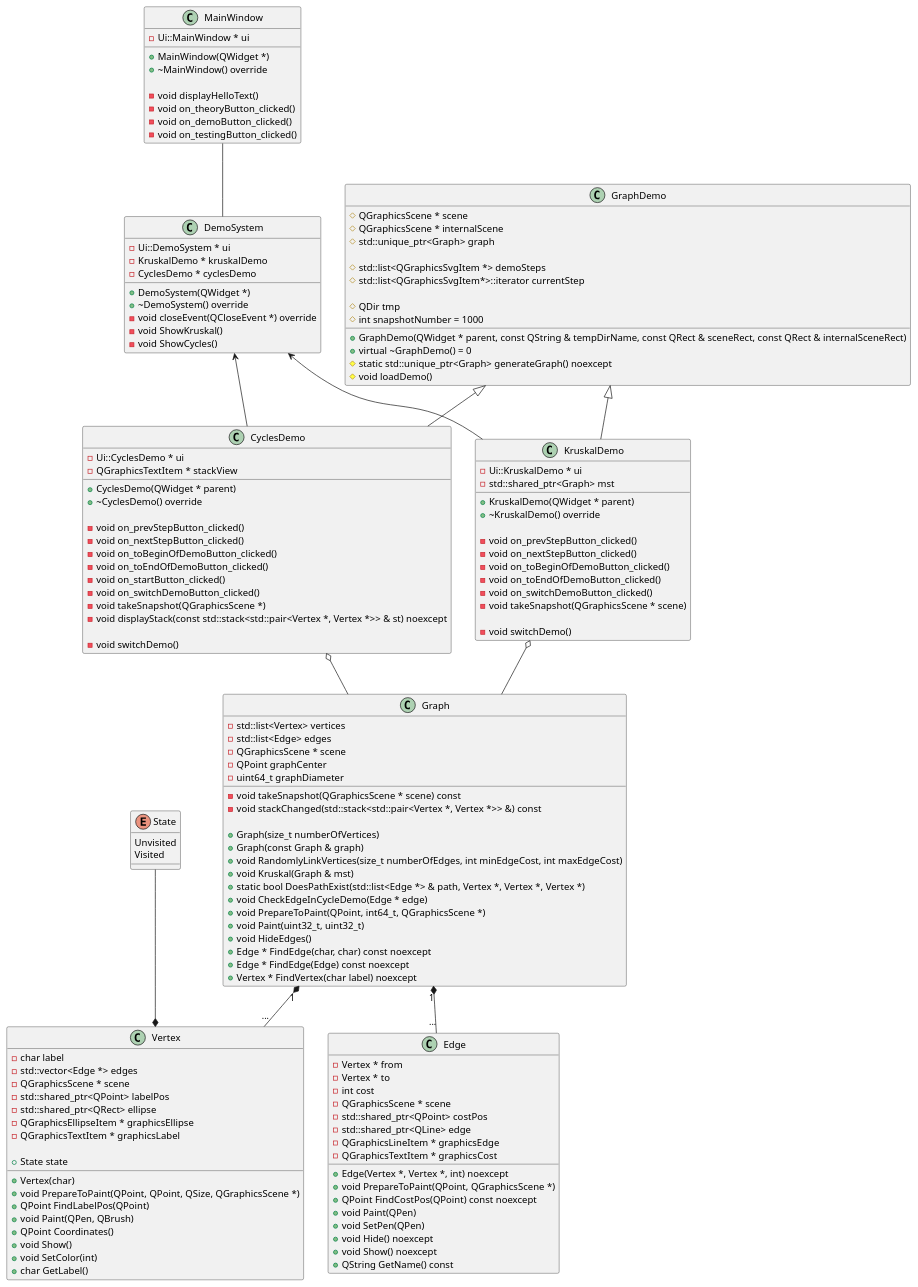
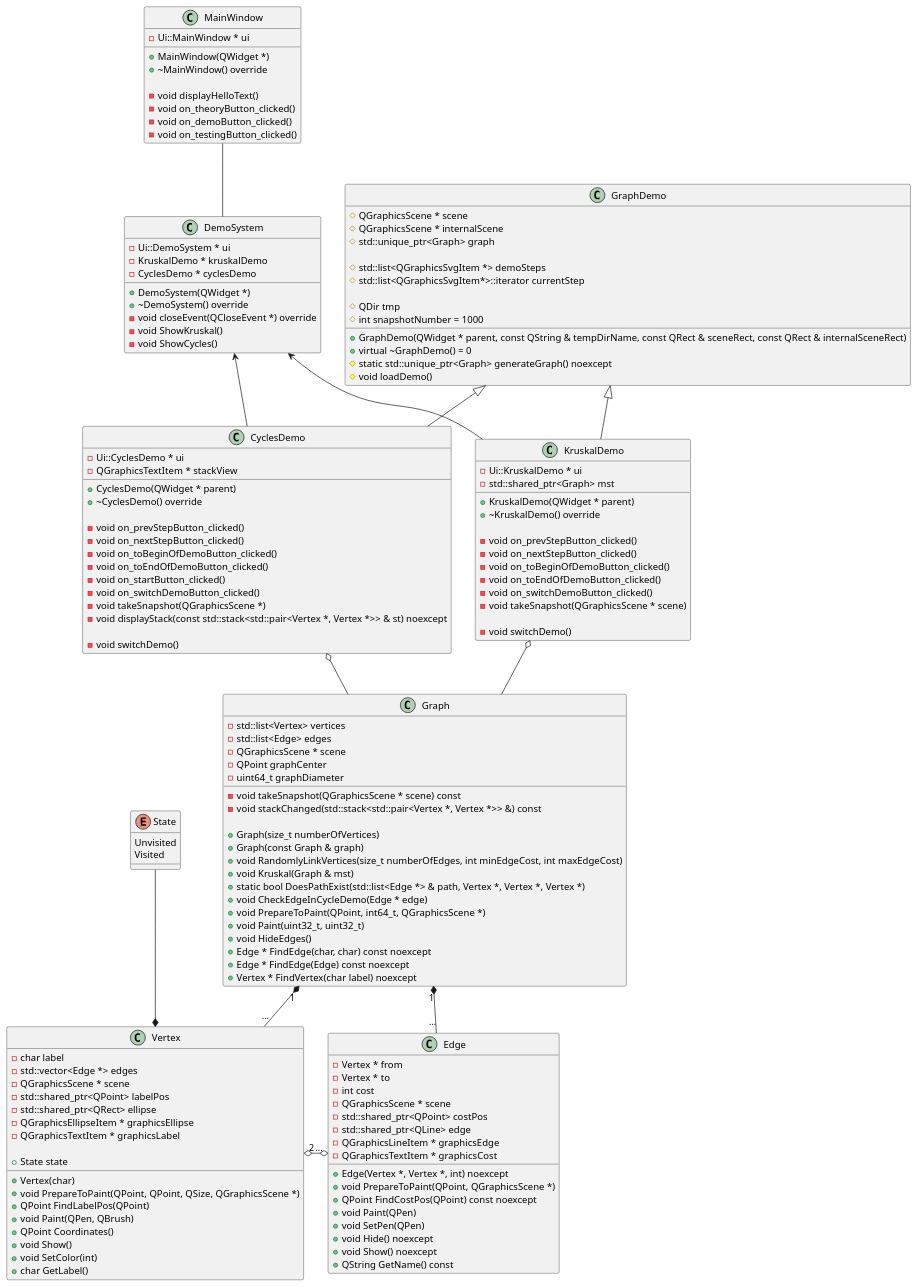
The diagram in doc/demo subsystem class.puml (vany152/Kruskal), drawn with PlantUML before and after one commit. The commit also changed 29 other files, not shown here.

```diff
--- a/doc/demo subsystem class.puml
+++ b/doc/demo subsystem class.puml
@@ -1,161 +1,162 @@
 @startuml
 'https://plantuml.com/class-diagram
 
 class MainWindow {
     - Ui::MainWindow * ui
 
     + MainWindow(QWidget *)
     + ~MainWindow() override
 
     - void displayHelloText()
     - void on_theoryButton_clicked()
     - void on_demoButton_clicked()
     - void on_testingButton_clicked()
 }
 
 class DemoSystem {
 	- Ui::DemoSystem * ui
 	- KruskalDemo * kruskalDemo
 	- CyclesDemo * cyclesDemo
 
 	+ DemoSystem(QWidget *)
 	+ ~DemoSystem() override
 	- void closeEvent(QCloseEvent *) override
 	- void ShowKruskal()
 	- void ShowCycles()
 }
 MainWindow -- DemoSystem
 
 class GraphDemo {
     + GraphDemo(QWidget * parent, const QString & tempDirName, const QRect & sceneRect, const QRect & internalSceneRect)
     + virtual ~GraphDemo() = 0
 
     # QGraphicsScene * scene
     # QGraphicsScene * internalScene
     # std::unique_ptr<Graph> graph
 
     # std::list<QGraphicsSvgItem *> demoSteps
     # std::list<QGraphicsSvgItem*>::iterator currentStep
 
     # QDir tmp
     # int snapshotNumber = 1000
 
     # static std::unique_ptr<Graph> generateGraph() noexcept
     # void loadDemo()
 }
 
 class CyclesDemo {
 	- Ui::CyclesDemo * ui
 	- QGraphicsTextItem * stackView
 
 	+ CyclesDemo(QWidget * parent)
     + ~CyclesDemo() override
 
 	- void on_prevStepButton_clicked()
 	- void on_nextStepButton_clicked()
 	- void on_toBeginOfDemoButton_clicked()
 	- void on_toEndOfDemoButton_clicked()
 	- void on_startButton_clicked()
 	- void on_switchDemoButton_clicked()
 	- void takeSnapshot(QGraphicsScene *)
 	- void displayStack(const std::stack<std::pair<Vertex *, Vertex *>> & st) noexcept
 
 	- void switchDemo()
 }
 GraphDemo <|-- CyclesDemo
 DemoSystem <-- CyclesDemo
 
 class KruskalDemo {
 	- Ui::KruskalDemo * ui
 	- std::shared_ptr<Graph> mst
 
     + KruskalDemo(QWidget * parent)
     + ~KruskalDemo() override
 
 	- void on_prevStepButton_clicked()
 	- void on_nextStepButton_clicked()
 	- void on_toBeginOfDemoButton_clicked()
 	- void on_toEndOfDemoButton_clicked()
 	- void on_switchDemoButton_clicked()
 	- void takeSnapshot(QGraphicsScene * scene)
 
 	- void switchDemo()
 }
 GraphDemo <|-- KruskalDemo
 DemoSystem <-- KruskalDemo
 
 class Graph {
     - std::list<Vertex> vertices
     - std::list<Edge> edges
     - QGraphicsScene * scene
     - QPoint graphCenter
     - uint64_t graphDiameter
 
     - void takeSnapshot(QGraphicsScene * scene) const
     - void stackChanged(std::stack<std::pair<Vertex *, Vertex *>> &) const
 
 	+ Graph(size_t numberOfVertices)
 	+ Graph(const Graph & graph)
 	+ void RandomlyLinkVertices(size_t numberOfEdges, int minEdgeCost, int maxEdgeCost)
 	+ void Kruskal(Graph & mst)
 	+ static bool DoesPathExist(std::list<Edge *> & path, Vertex *, Vertex *, Vertex *)
 	+ void CheckEdgeInCycleDemo(Edge * edge)
 	+ void PrepareToPaint(QPoint, int64_t, QGraphicsScene *)
 	+ void Paint(uint32_t, uint32_t)
 	+ void HideEdges()
 	+ Edge * FindEdge(char, char) const noexcept
 	+ Edge * FindEdge(Edge) const noexcept
 	+ Vertex * FindVertex(char label) noexcept
 }
 CyclesDemo o-- Graph
 KruskalDemo o-- Graph
 
 enum State {
     Unvisited
     Visited
 }
 class Vertex {
 	- char label
 	- std::vector<Edge *> edges
 	- QGraphicsScene * scene
 	- std::shared_ptr<QPoint> labelPos
 	- std::shared_ptr<QRect> ellipse
 	- QGraphicsEllipseItem * graphicsEllipse
 	- QGraphicsTextItem * graphicsLabel
 
 	+ State state
 	+ Vertex(char)
 	+ void PrepareToPaint(QPoint, QPoint, QSize, QGraphicsScene *)
 	+ QPoint FindLabelPos(QPoint)
 	+ void Paint(QPen, QBrush)
 	+ QPoint Coordinates()
 	+ void Show()
 	+ void SetColor(int)
 	+ char GetLabel()
 }
 Vertex *-up- State
 Graph "1" *-- "..." Vertex
+Vertex "2" o-right-o "..." Edge
 
 class Edge {
 	- Vertex * from
 	- Vertex * to
 	- int cost
 	- QGraphicsScene * scene
 	- std::shared_ptr<QPoint> costPos
 	- std::shared_ptr<QLine> edge
 	- QGraphicsLineItem * graphicsEdge
 	- QGraphicsTextItem * graphicsCost
 
 	+ Edge(Vertex *, Vertex *, int) noexcept
 	+ void PrepareToPaint(QPoint, QGraphicsScene *)
 	+ QPoint FindCostPos(QPoint) const noexcept
 	+ void Paint(QPen)
 	+ void SetPen(QPen)
 	+ void Hide() noexcept
 	+ void Show() noexcept
 	+ QString GetName() const
 }
 Graph "1" *-- "..." Edge
 
 
 @enduml
```
